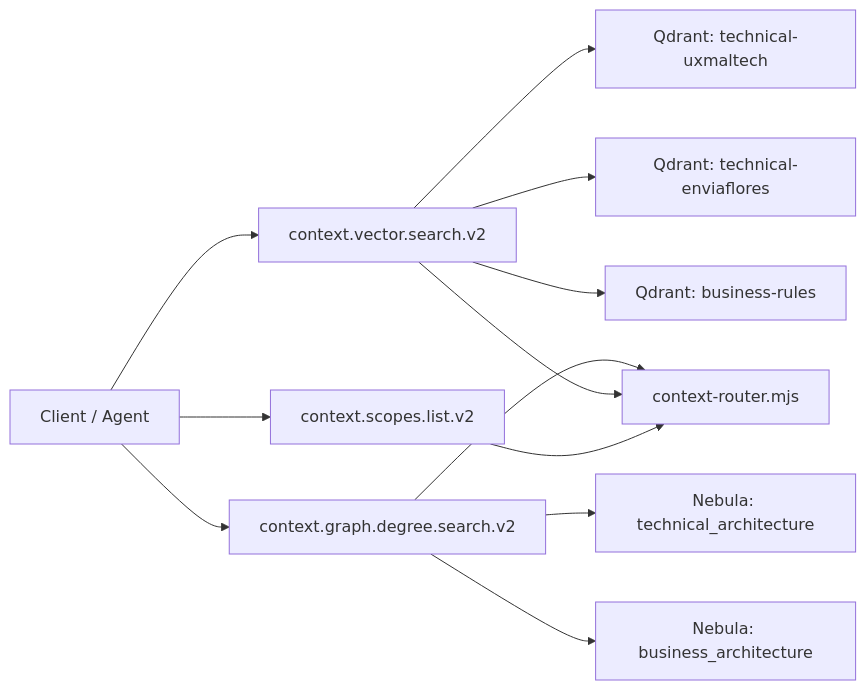
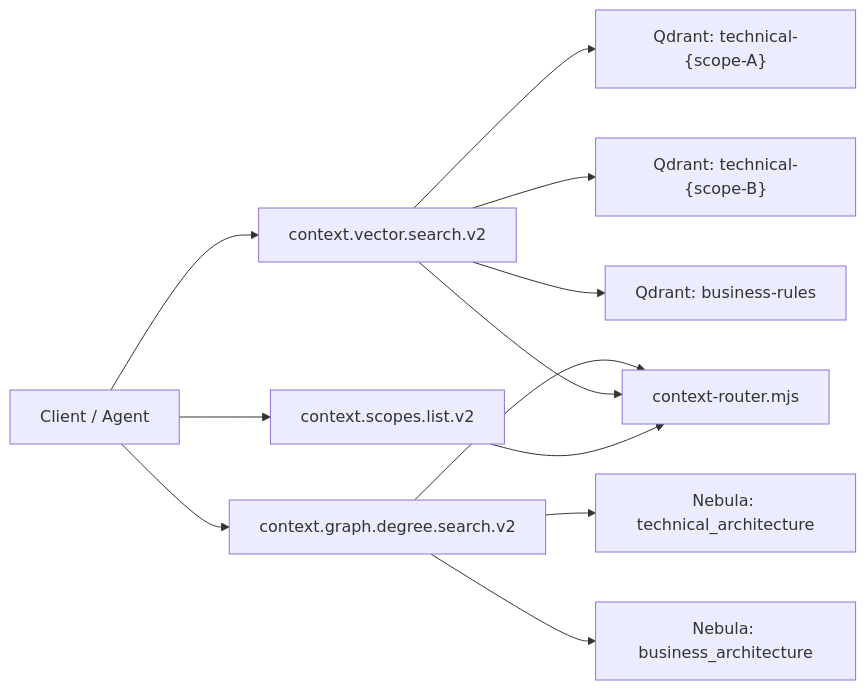
The diagram in knowledge/decisions/ADR-003-v2-context-topology.md (uxmaltech/collab-architecture), drawn with Mermaid before and after one commit. The commit also changed other lines of this file and 6 other files, not shown here.

````diff
--- a/knowledge/decisions/ADR-003-v2-context-topology.md
+++ b/knowledge/decisions/ADR-003-v2-context-topology.md
@@ -30,17 +29,17 @@
 ```mermaid
 flowchart LR
   C["Client / Agent"] --> T1["context.scopes.list.v2"]
   C --> T2["context.vector.search.v2"]
   C --> T3["context.graph.degree.search.v2"]
 
-  T2 --> Q1["Qdrant: technical-uxmaltech"]
-  T2 --> Q2["Qdrant: technical-enviaflores"]
+  T2 --> Q1["Qdrant: technical-{scope-A}"]
+  T2 --> Q2["Qdrant: technical-{scope-B}"]
   T2 --> Q3["Qdrant: business-rules"]
 
   T3 --> N1["Nebula: technical_architecture"]
   T3 --> N2["Nebula: business_architecture"]
 
   T1 --> R["context-router.mjs"]
   T2 --> R
   T3 --> R
 ```
````
